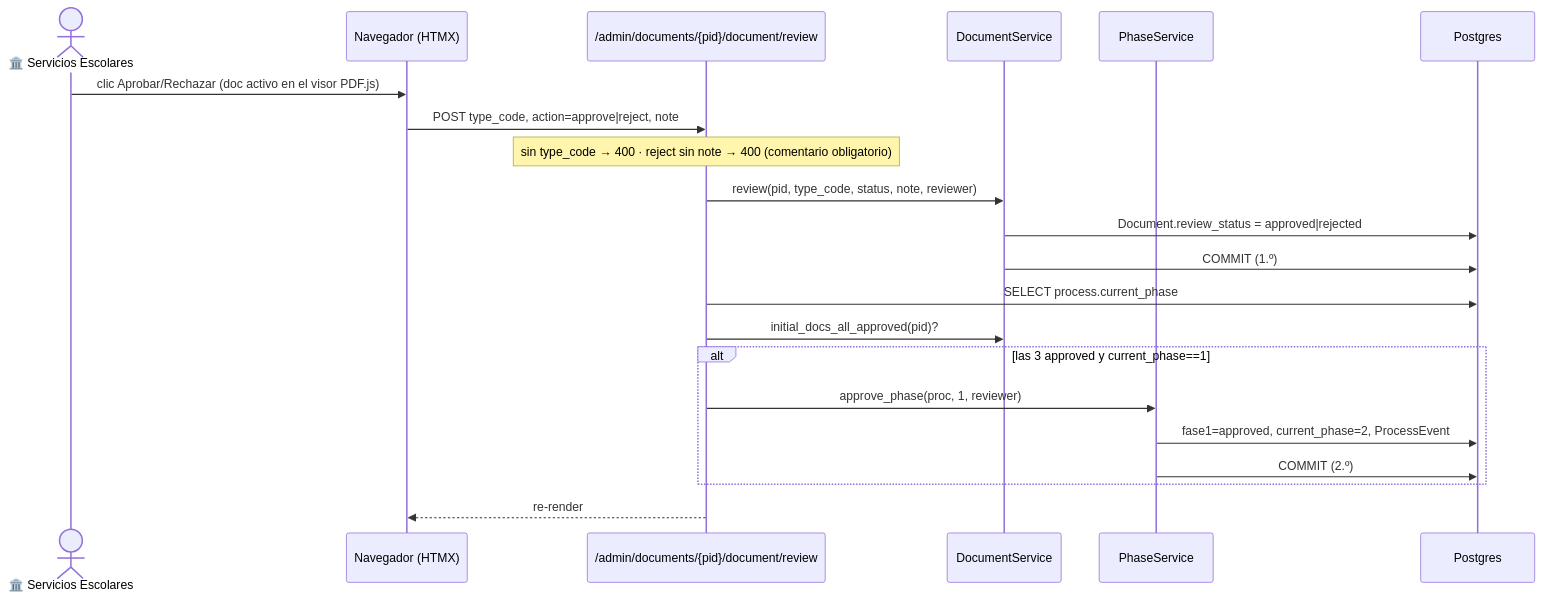
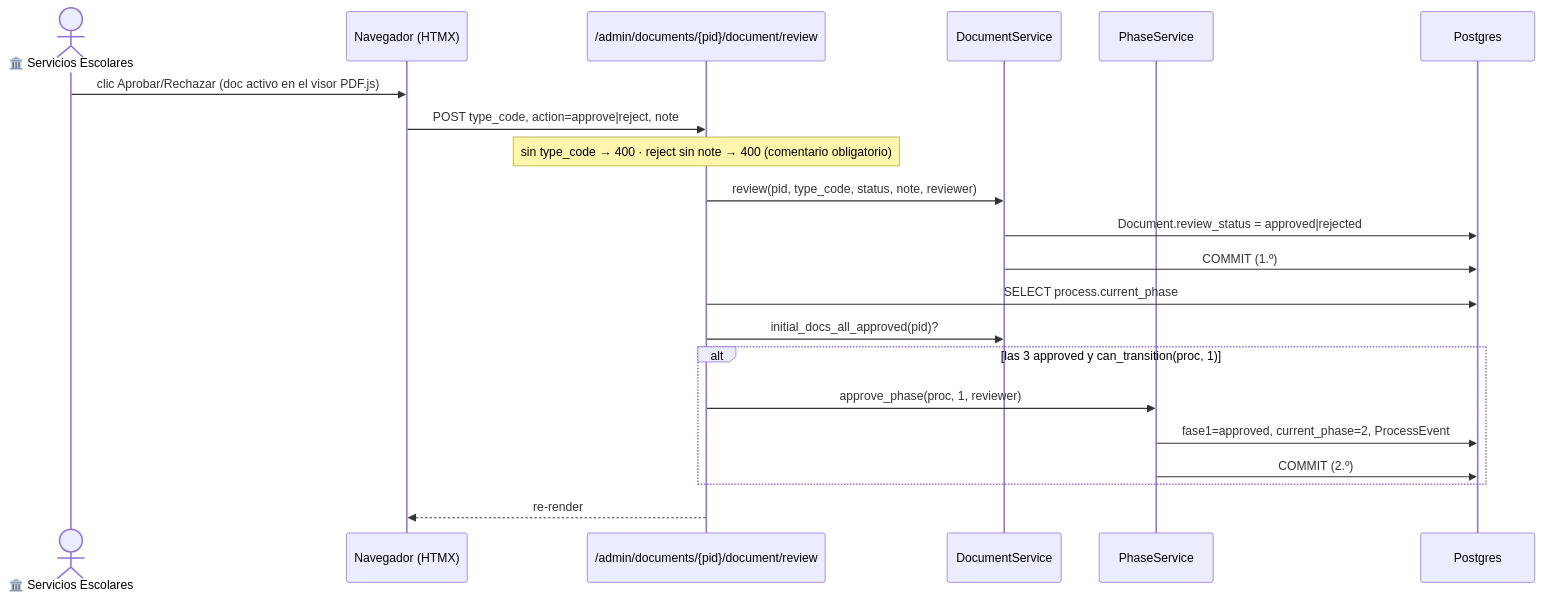
Before and after one commit to Erne1357/itcj: the diagram in itcj2/apps/titulatec/docs/flows/phase1_school_services_review_docs.md, drawn with Mermaid. The commit also changed other lines of this file and 23 other files, not shown here.

````diff
--- a/itcj2/apps/titulatec/docs/flows/phase1_school_services_review_docs.md
+++ b/itcj2/apps/titulatec/docs/flows/phase1_school_services_review_docs.md
@@ -30,23 +32,23 @@
 ```mermaid
 sequenceDiagram
     actor SE as 🏛️ Servicios Escolares
     participant FE as Navegador (HTMX)
     participant API as /admin/documents/{pid}/document/review
     participant DS as DocumentService
     participant PS as PhaseService
     participant DB as Postgres
     SE->>FE: clic Aprobar/Rechazar (doc activo en el visor PDF.js)
     FE->>API: POST type_code, action=approve|reject, note
     Note over API: sin type_code → 400 · reject sin note → 400 (comentario obligatorio)
     API->>DS: review(pid, type_code, status, note, reviewer)
     DS->>DB: Document.review_status = approved|rejected
     DS->>DB: COMMIT (1.º)
     API->>DB: SELECT process.current_phase
     API->>DS: initial_docs_all_approved(pid)?
-    alt las 3 approved y current_phase==1
+    alt las 3 approved y can_transition(proc, 1)
         API->>PS: approve_phase(proc, 1, reviewer)
         PS->>DB: fase1=approved, current_phase=2, ProcessEvent
         PS->>DB: COMMIT (2.º)
     end
     API-->>FE: re-render #docs-body
 ```
````
